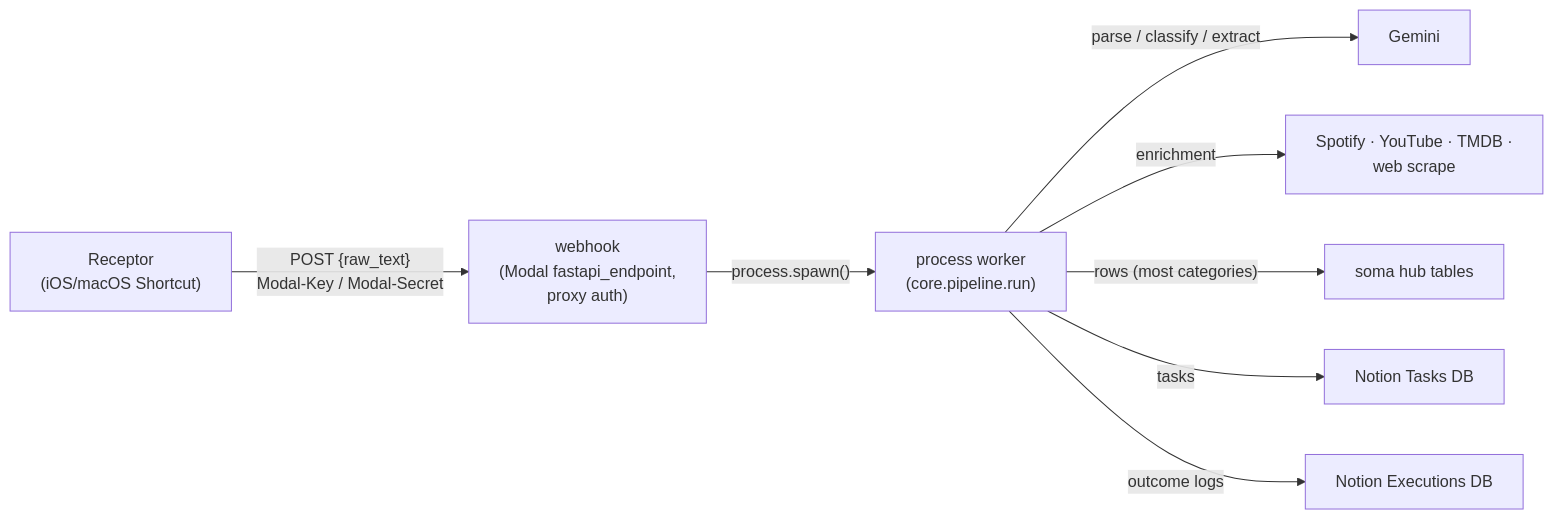
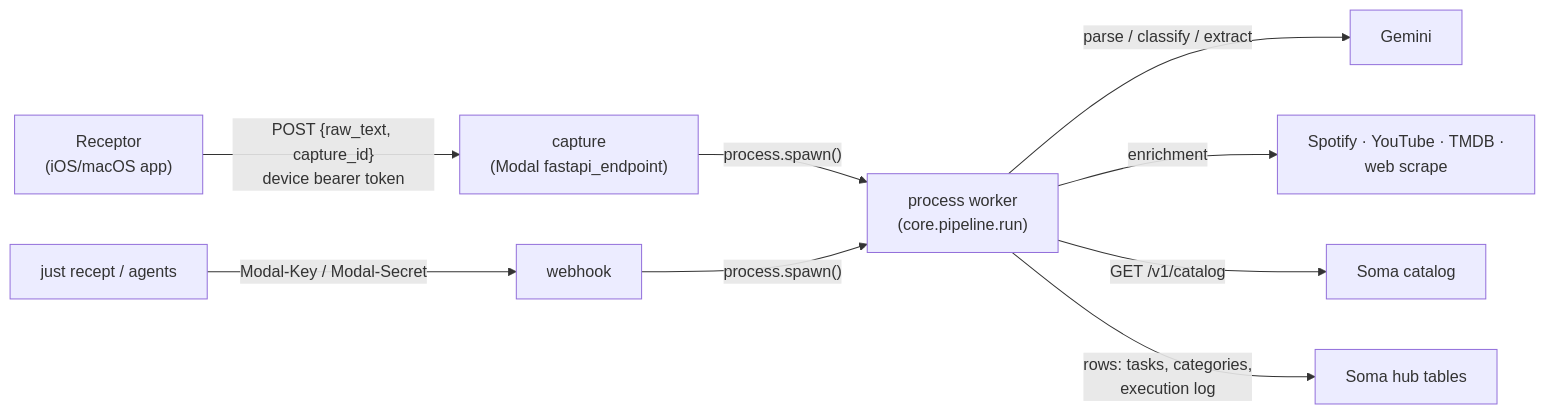
One commit to alexjmiller5/synapse changed the diagram in README.md. Above: the diagram before and after it, drawn with Mermaid. The commit also changed other lines of this file and 51 other files, not shown here.

````diff
--- a/README.md
+++ b/README.md
@@ -18,10 +19,11 @@
 ```mermaid
 flowchart LR
-    R["Receptor<br/>(iOS/macOS Shortcut)"] -->|"POST {raw_text}<br/>Modal-Key / Modal-Secret"| W["webhook<br/>(Modal fastapi_endpoint,<br/>proxy auth)"]
-    W -->|"process.spawn()"| P["process worker<br/>(core.pipeline.run)"]
+    R["Receptor<br/>(iOS/macOS app)"] -->|"POST {raw_text, capture_id}<br/>device bearer token"| C["capture<br/>(Modal fastapi_endpoint)"]
+    O["just recept / agents"] -->|"Modal-Key / Modal-Secret"| W["webhook"]
+    C -->|"process.spawn()"| P["process worker<br/>(core.pipeline.run)"]
+    W -->|"process.spawn()"| P
     P -->|"parse / classify / extract"| G["Gemini"]
     P -->|"enrichment"| X["Spotify · YouTube · TMDB ·<br/>web scrape"]
-    P -->|"rows (most categories)"| H["soma hub tables"]
-    P -->|"tasks"| N["Notion Tasks DB"]
-    P -->|"outcome logs"| L["Notion Executions DB"]
+    P -->|"GET /v1/catalog"| K["Soma catalog"]
+    P -->|"rows: tasks, categories,<br/>execution log"| H["Soma hub tables"]
 ```
````
